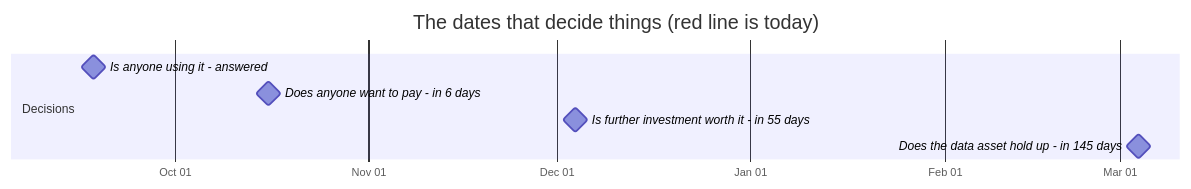
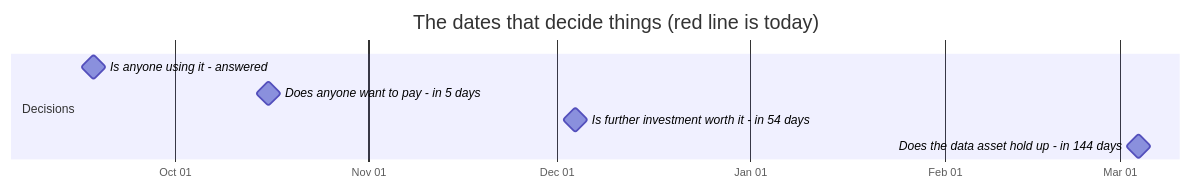
Before and after one commit to jakegu1/vetagent: the first of 2 diagrams in docs/OWNER.md, drawn with Mermaid. The commit also changed other lines of this file and 1 other file, not shown here.

````diff
--- a/docs/OWNER.md
+++ b/docs/OWNER.md
@@ -76,12 +76,12 @@
 ```mermaid
 gantt
     dateFormat YYYY-MM-DD
     axisFormat %b %d
     todayMarker stroke-width:3px,stroke:#d33,stroke-dasharray:0
     title The dates that decide things (red line is today)
     section Decisions
     Is anyone using it - answered :milestone, 2026-09-18, 0d
-    Does anyone want to pay - in 6 days :milestone, 2026-10-16, 0d
-    Is further investment worth it - in 55 days :milestone, 2026-12-04, 0d
-    Does the data asset hold up - in 145 days :milestone, 2027-03-04, 0d
+    Does anyone want to pay - in 5 days :milestone, 2026-10-16, 0d
+    Is further investment worth it - in 54 days :milestone, 2026-12-04, 0d
+    Does the data asset hold up - in 144 days :milestone, 2027-03-04, 0d
 ```
````
